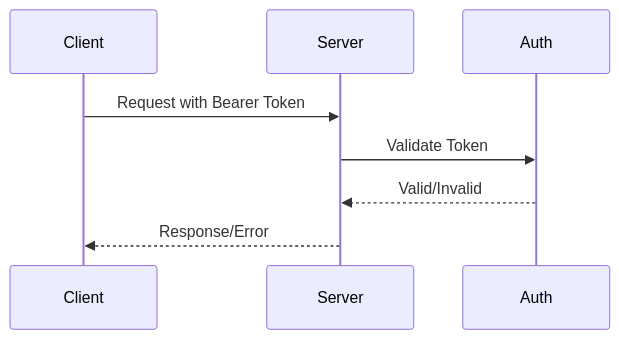
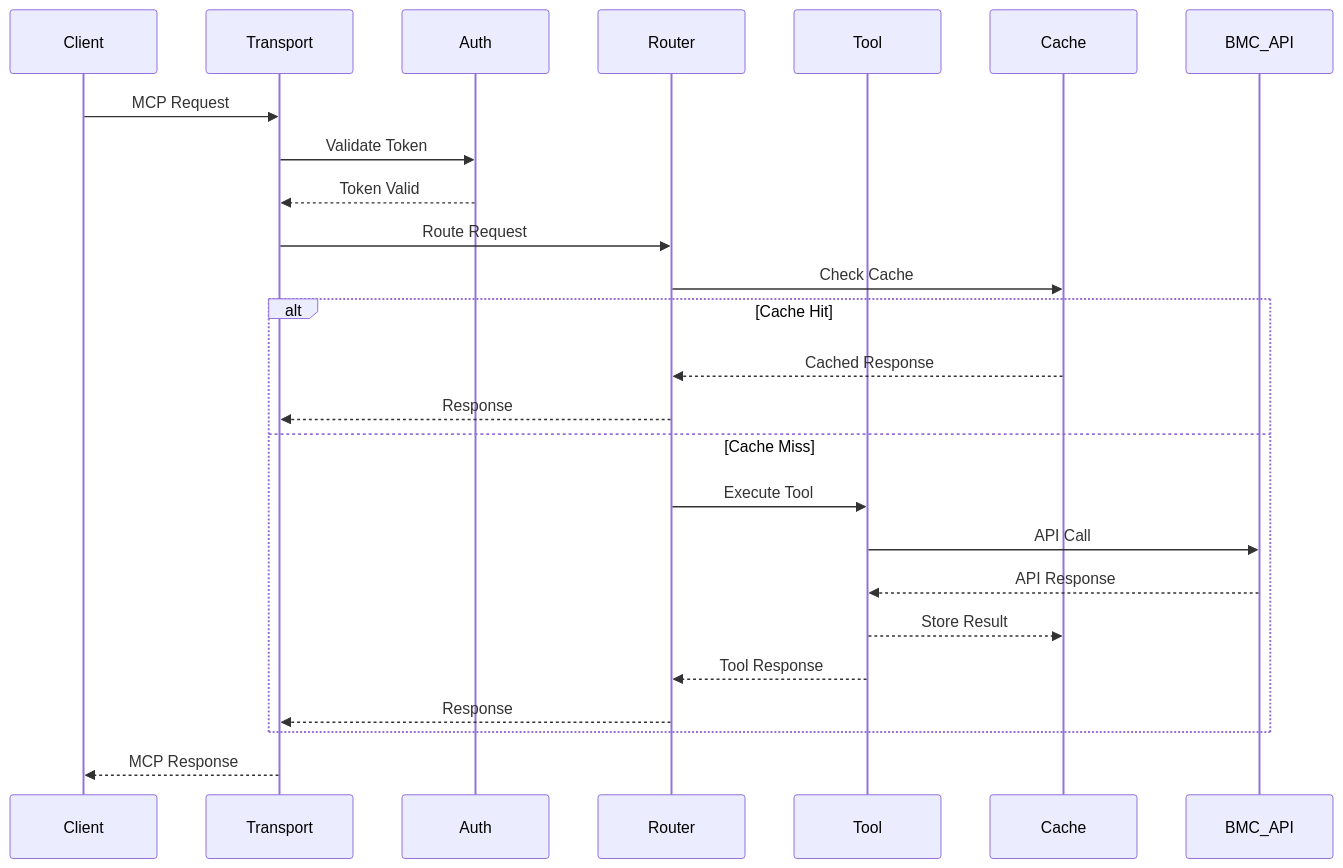
Before and after one commit to markbsigler/CodePipeline-FastMCP: the third of 9 diagrams in docs/architecture.md, drawn with Mermaid. The commit also changed other lines of this file and 4 other files, not shown here.

````diff
--- a/docs/architecture.md
+++ b/docs/architecture.md
@@ -14,10 +191,31 @@
 ```mermaid
 sequenceDiagram
     participant Client
-    participant Server
+    participant Transport
     participant Auth
-    Client->>Server: Request with Bearer Token
-    Server->>Auth: Validate Token
-    Auth-->>Server: Valid/Invalid
-    Server-->>Client: Response/Error
+    participant Router
+    participant Tool
+    participant Cache
+    participant BMC_API
+    
+    Client->>Transport: MCP Request
+    Transport->>Auth: Validate Token
+    Auth-->>Transport: Token Valid
+    
+    Transport->>Router: Route Request
+    Router->>Cache: Check Cache
+    
+    alt Cache Hit
+        Cache-->>Router: Cached Response
+        Router-->>Transport: Response
+    else Cache Miss
+        Router->>Tool: Execute Tool
+        Tool->>BMC_API: API Call
+        BMC_API-->>Tool: API Response
+        Tool-->>Cache: Store Result
+        Tool-->>Router: Tool Response
+        Router-->>Transport: Response
+    end
+    
+    Transport-->>Client: MCP Response
 ```
````
